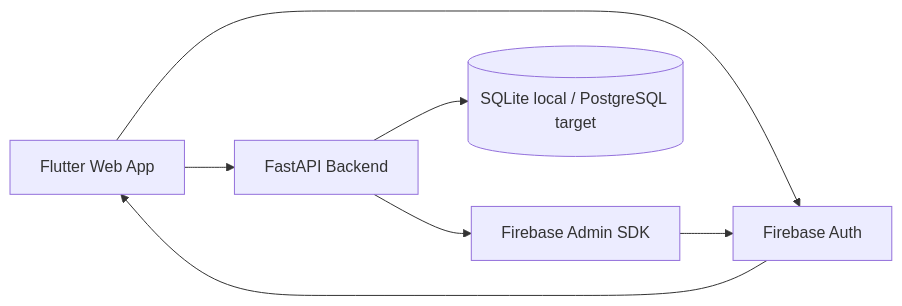
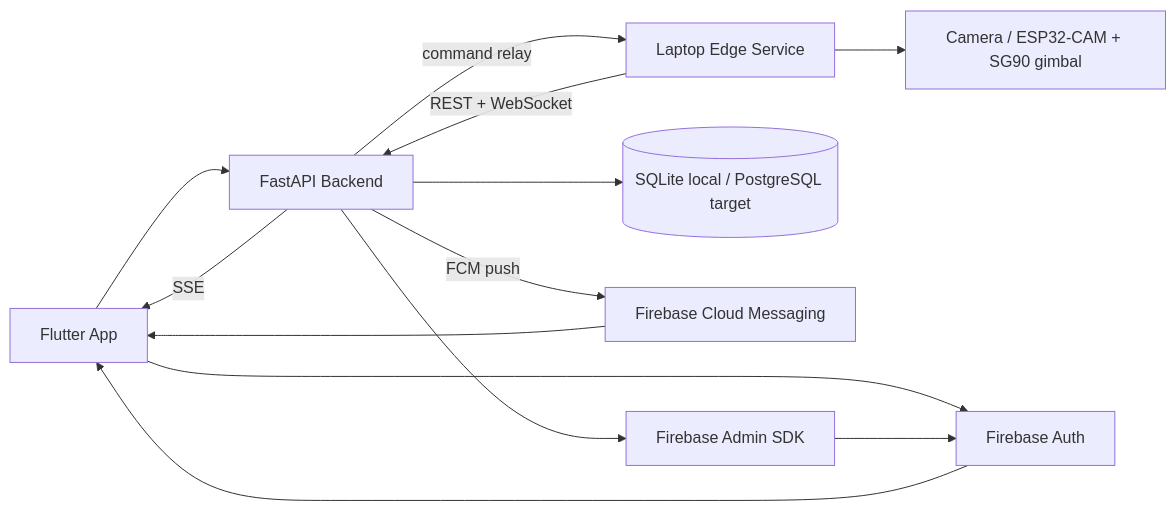
The first of 5 diagrams in docs/backend/architecture.md (nickyui99/erlang-ai-vision-fullstack), drawn with Mermaid before and after one commit. The commit also changed other lines of this file and 26 other files, not shown here.

First line of the commit message:
feat: add push_tokens table and implement push notification service

````diff
--- a/docs/backend/architecture.md
+++ b/docs/backend/architecture.md
@@ -7,9 +7,15 @@
 ```mermaid
 flowchart LR
-    Flutter[Flutter Web App] --> Firebase[Firebase Auth]
+    Flutter[Flutter App] --> Firebase[Firebase Auth]
     Firebase --> Flutter
     Flutter --> Backend[FastAPI Backend]
     Backend --> FirebaseAdmin[Firebase Admin SDK]
     FirebaseAdmin --> Firebase
     Backend --> Database[(SQLite local / PostgreSQL target)]
+    Backend -->|SSE| Flutter
+    Backend -->|FCM push| FCM[Firebase Cloud Messaging]
+    FCM --> Flutter
+    Edge[Laptop Edge Service] -->|REST + WebSocket| Backend
+    Backend -->|command relay| Edge
+    Edge --> Camera[Camera / ESP32-CAM + SG90 gimbal]
 ```
````
